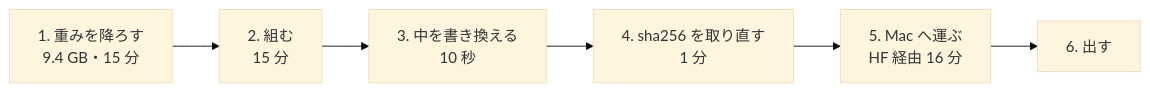
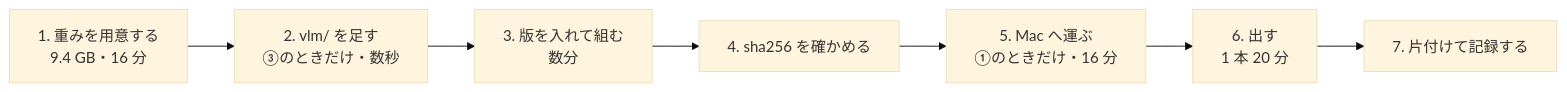
The third of 3 diagrams in docs/howto/02_build_submission.md (siruku6/PARC2026_pre), drawn with Mermaid (base theme) before and after one commit. The commit also changed other lines of this file and 1 other file, not shown here.

````diff
--- a/docs/howto/02_build_submission.md
+++ b/docs/howto/02_build_submission.md
@@ -516,8 +484,9 @@
 ```mermaid
 flowchart LR
-    D["1. 重みを降ろす<br/>9.4 GB・15 分"] --> B["2. 組む<br/>15 分"]
-    B --> P["3. 中を書き換える<br/>10 秒"]
-    P --> S["4. sha256 を取り直す<br/>1 分"]
-    S --> M["5. Mac へ運ぶ<br/>HF 経由 16 分"]
-    M --> U["6. 出す"]
+    W["1. 重みを用意する<br/>9.4 GB・16 分"] --> V["2. vlm/ を足す<br/>③のときだけ・数秒"]
+    V --> B["3. 版を入れて組む<br/>数分"]
+    B --> S["4. sha256 を確かめる"]
+    S --> M["5. Mac へ運ぶ<br/>①のときだけ・16 分"]
+    M --> U["6. 出す<br/>1 本 20 分"]
+    U --> R["7. 片付けて記録する"]
 ```
````
